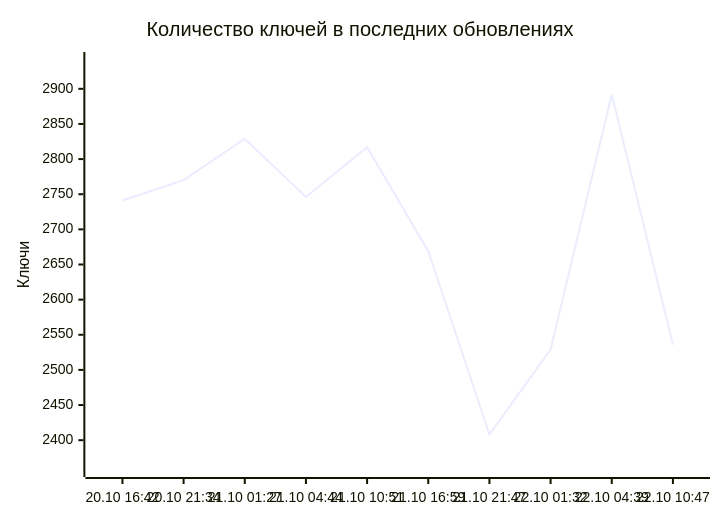
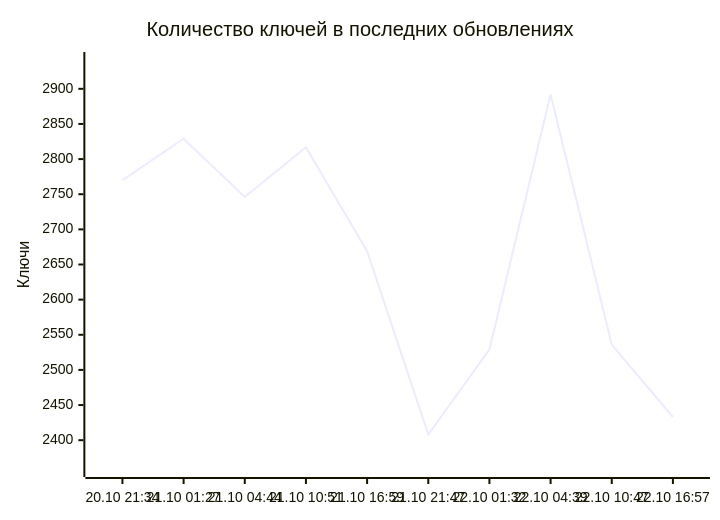
One commit to markKikhtenko/WireVeil changed the diagram in README.md. Above: the diagram before and after it, drawn with Mermaid. The commit also changed other lines of this file and 12 other files, not shown here.

````diff
--- a/README.md
+++ b/README.md
@@ -55,7 +55,7 @@
 ```mermaid
 xychart-beta
     title "Количество ключей в последних обновлениях"
-    x-axis ["20.10 16:42", "20.10 21:34", "21.10 01:27", "21.10 04:44", "21.10 10:51", "21.10 16:59", "21.10 21:47", "22.10 01:32", "22.10 04:39", "22.10 10:47"]
+    x-axis ["20.10 21:34", "21.10 01:27", "21.10 04:44", "21.10 10:51", "21.10 16:59", "21.10 21:47", "22.10 01:32", "22.10 04:39", "22.10 10:47", "22.10 16:57"]
     y-axis "Ключи" 2359 --> 2941
-    line [2741, 2770, 2829, 2746, 2817, 2669, 2408, 2529, 2892, 2536]
+    line [2770, 2829, 2746, 2817, 2669, 2408, 2529, 2892, 2536, 2433]
 ```
````
